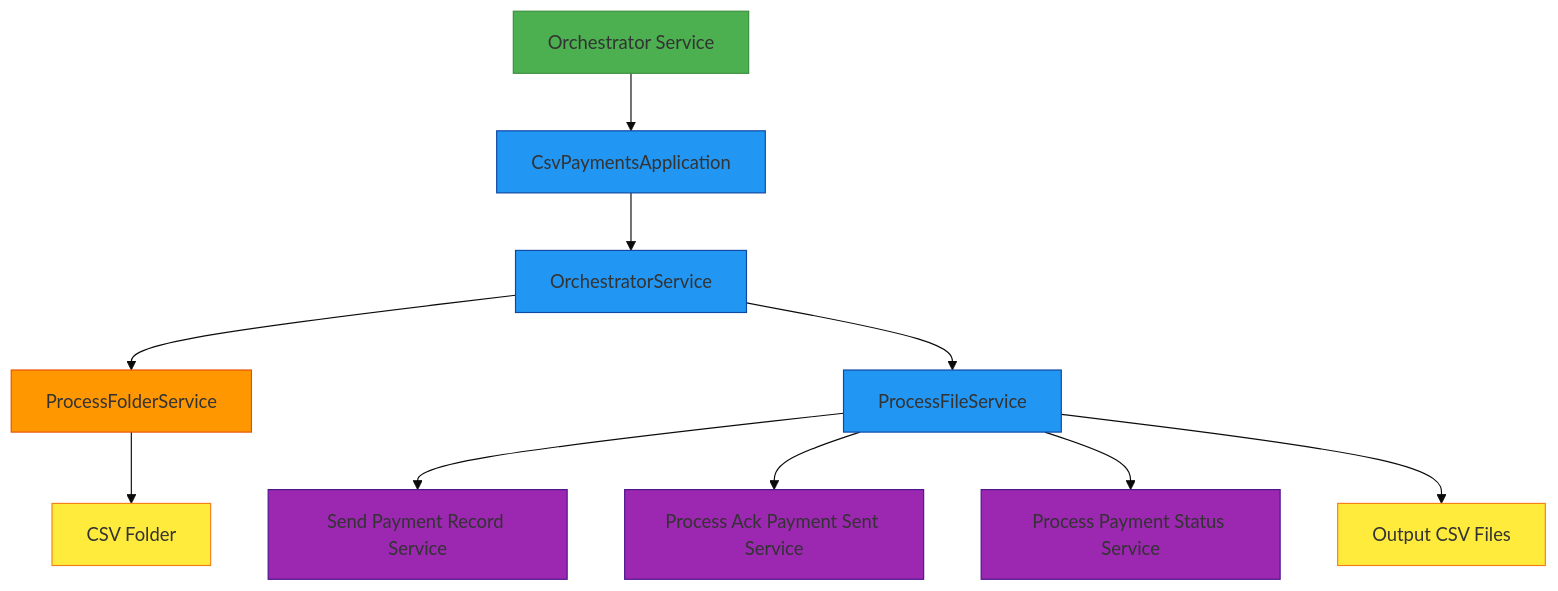
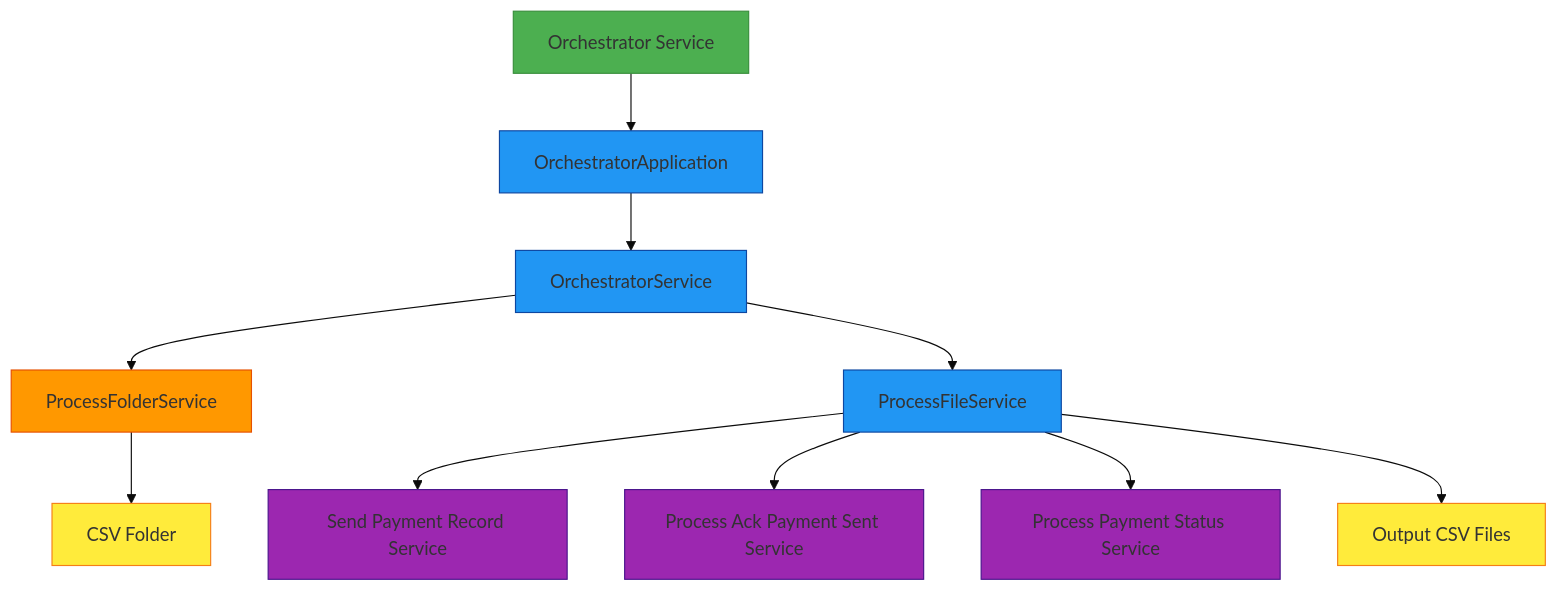
One commit to mbarcia/CSV-Payments-PoC changed the first of 2 diagrams in examples/csv-payments/orchestrator-svc/README.md. Above: the diagram before and after it, drawn with Mermaid (base theme). The commit also changed other lines of this file and 78 other files, not shown here.

````diff
--- a/examples/csv-payments/orchestrator-svc/README.md
+++ b/examples/csv-payments/orchestrator-svc/README.md
@@ -9,23 +9,23 @@
 ```mermaid
 graph TD
-    A[Orchestrator Service] --> B[CsvPaymentsApplication]
+    A[Orchestrator Service] --> B[OrchestratorApplication]
     B --> C[OrchestratorService]
     C --> D[ProcessFolderService]
     C --> E[ProcessFileService]
     E --> F[Send Payment Record Service]
     E --> G[Process Ack Payment Sent Service]
     E --> H[Process Payment Status Service]
     D --> I[CSV Folder]
     E --> J[Output CSV Files]
     
     style A fill:#4CAF50,stroke:#388E3C
     style B fill:#2196F3,stroke:#0D47A1
     style C fill:#2196F3,stroke:#0D47A1
     style D fill:#FF9800,stroke:#E65100
     style E fill:#2196F3,stroke:#0D47A1
     style F fill:#9C27B0,stroke:#4A148C
     style G fill:#9C27B0,stroke:#4A148C
     style H fill:#9C27B0,stroke:#4A148C
     style I fill:#FFEB3B,stroke:#F57F17
     style J fill:#FFEB3B,stroke:#F57F17
 ```
````
